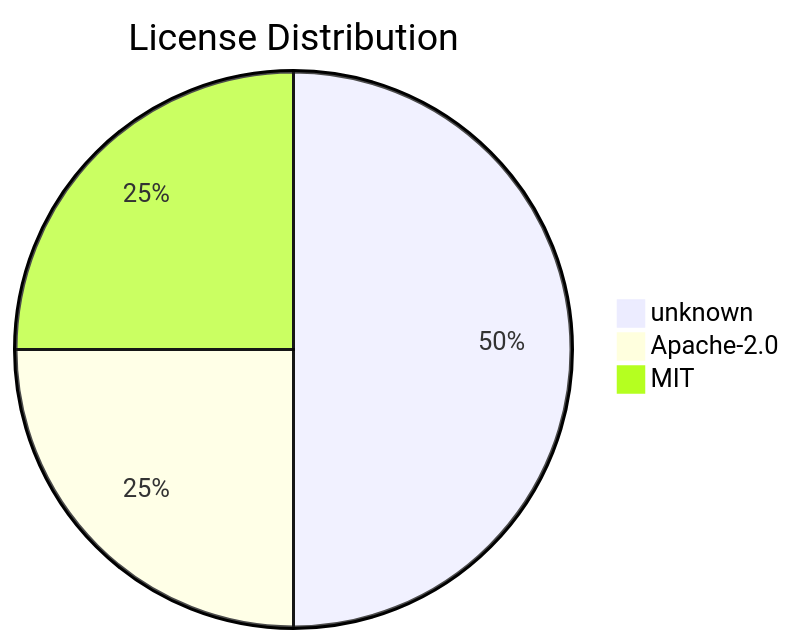
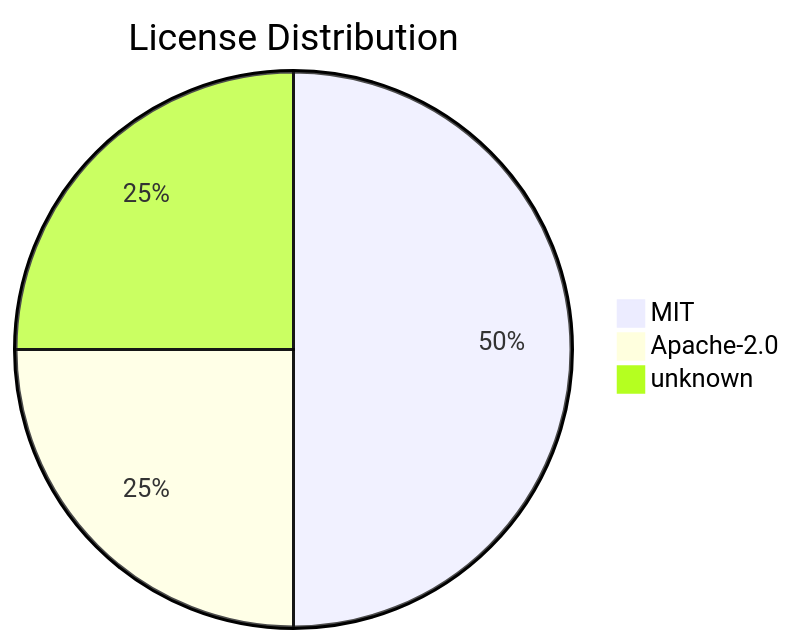
Before and after one commit to svenroth-ai/shipwright: the diagram in .shipwright/compliance/sbom.md, drawn with Mermaid. The commit also changed other lines of this file and 28 other files, not shown here.

````diff
--- a/.shipwright/compliance/sbom.md
+++ b/.shipwright/compliance/sbom.md
@@ -17,6 +17,6 @@
 ```mermaid
 pie title License Distribution
-    "unknown" : 4
+    "MIT" : 4
     "Apache-2.0" : 2
-    "MIT" : 2
+    "unknown" : 2
 ```
````
